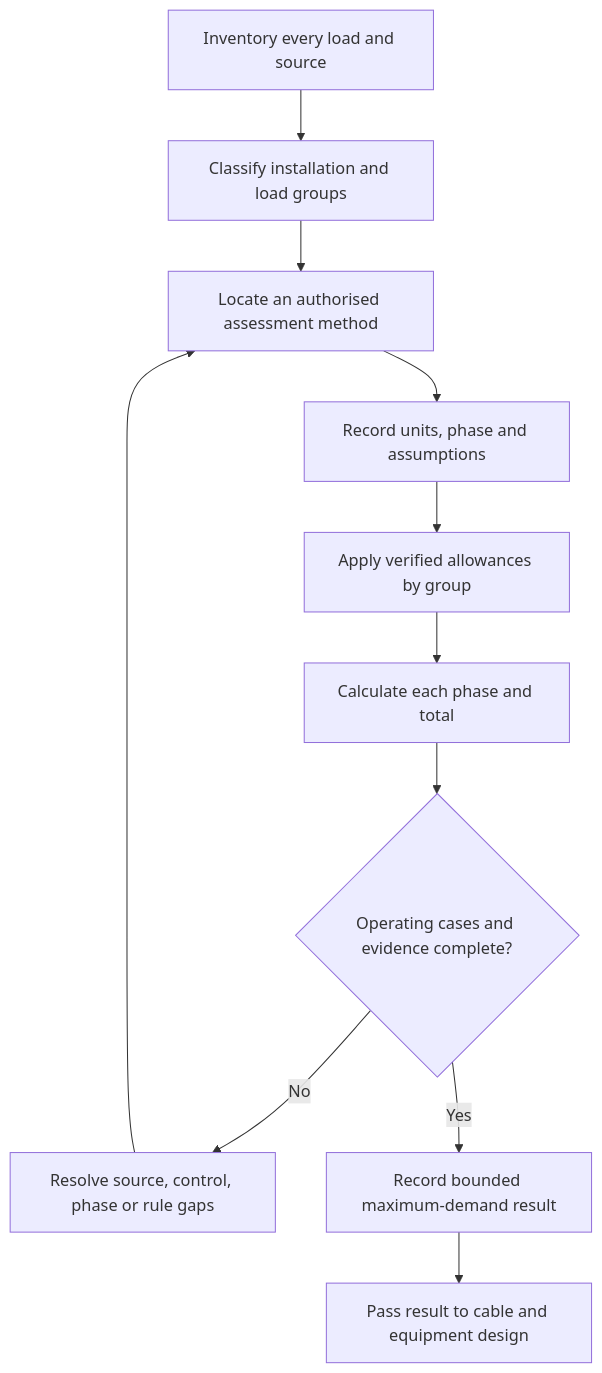
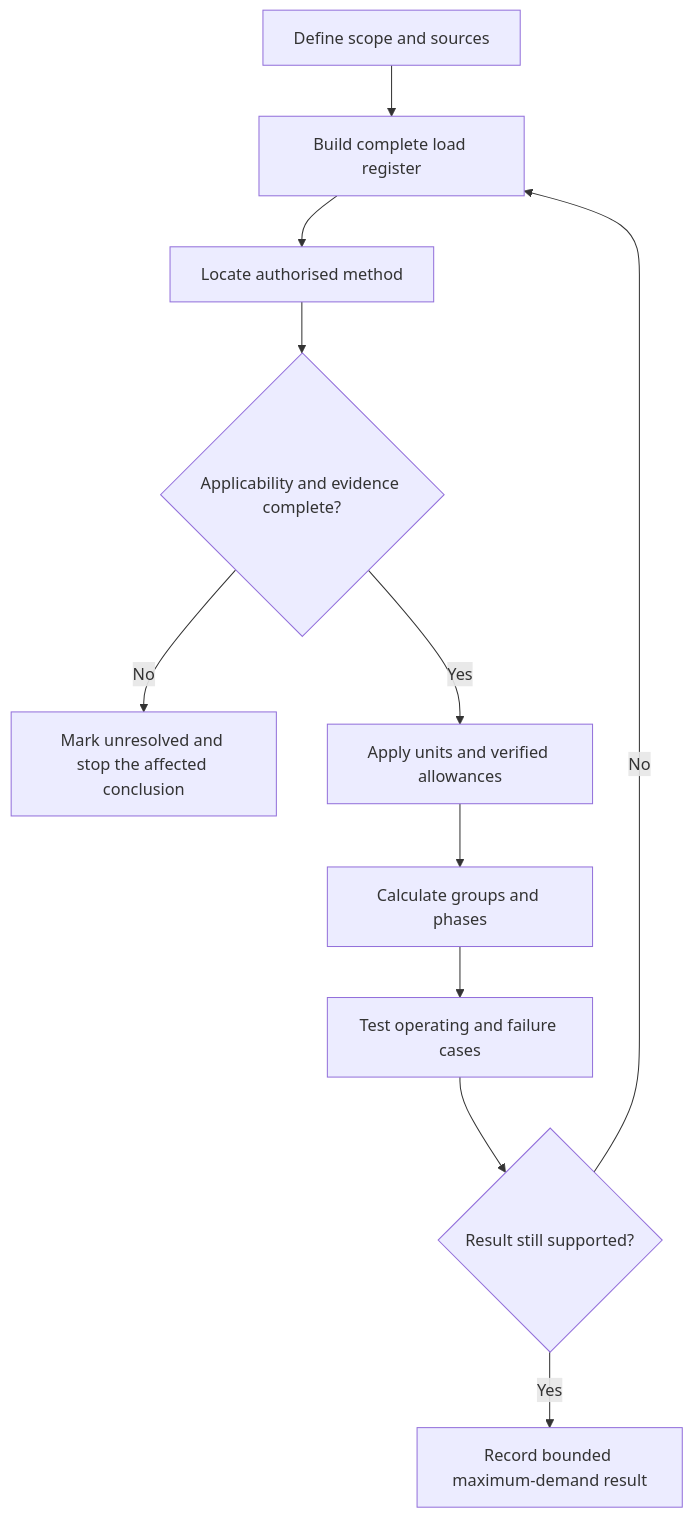
The first of 2 diagrams in docs/learning-plans/4-week/modules/day-08-maximum-demand.md (andrew3stedall/capstone), drawn with Mermaid before and after one commit. The commit also changed other lines of this file, not shown here.

Commit message:
Improve Day 8 maximum-demand learning module

````diff
--- a/docs/learning-plans/4-week/modules/day-08-maximum-demand.md
+++ b/docs/learning-plans/4-week/modules/day-08-maximum-demand.md
@@ -135,13 +138,13 @@
 ```mermaid
 flowchart TD
-    A["Inventory every load and source"] --> B["Classify installation and load groups"]
-    B --> C["Locate an authorised assessment method"]
-    C --> D["Record units, phase and assumptions"]
-    D --> E["Apply verified allowances by group"]
-    E --> F["Calculate each phase and total"]
-    F --> G{"Operating cases and evidence complete?"}
-    G -->|"No"| H["Resolve source, control, phase or rule gaps"]
-    H --> C
-    G -->|"Yes"| I["Record bounded maximum-demand result"]
-    I --> J["Pass result to cable and equipment design"]
+    A[Define scope and sources] --> B[Build complete load register]
+    B --> C[Locate authorised method]
+    C --> D{Applicability and evidence complete?}
+    D -->|No| E[Mark unresolved and stop the affected conclusion]
+    D -->|Yes| F[Apply units and verified allowances]
+    F --> G[Calculate groups and phases]
+    G --> H[Test operating and failure cases]
+    H --> I{Result still supported?}
+    I -->|No| B
+    I -->|Yes| J[Record bounded maximum-demand result]
 ```
````
